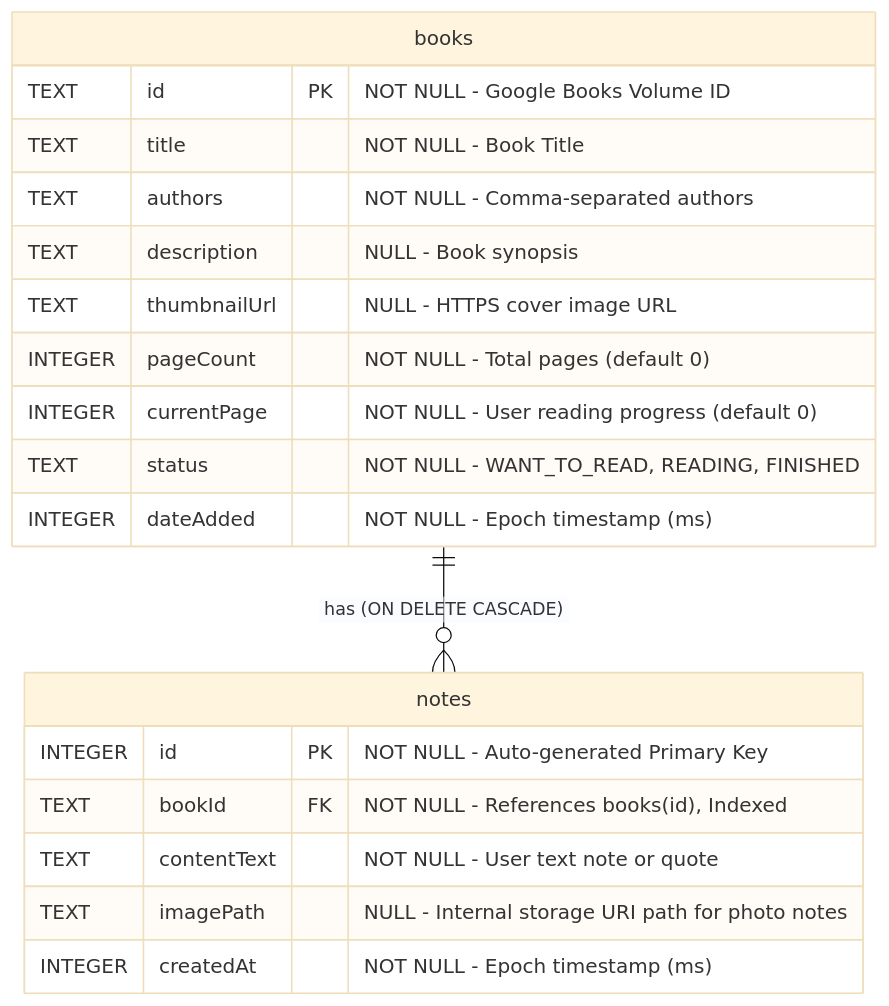
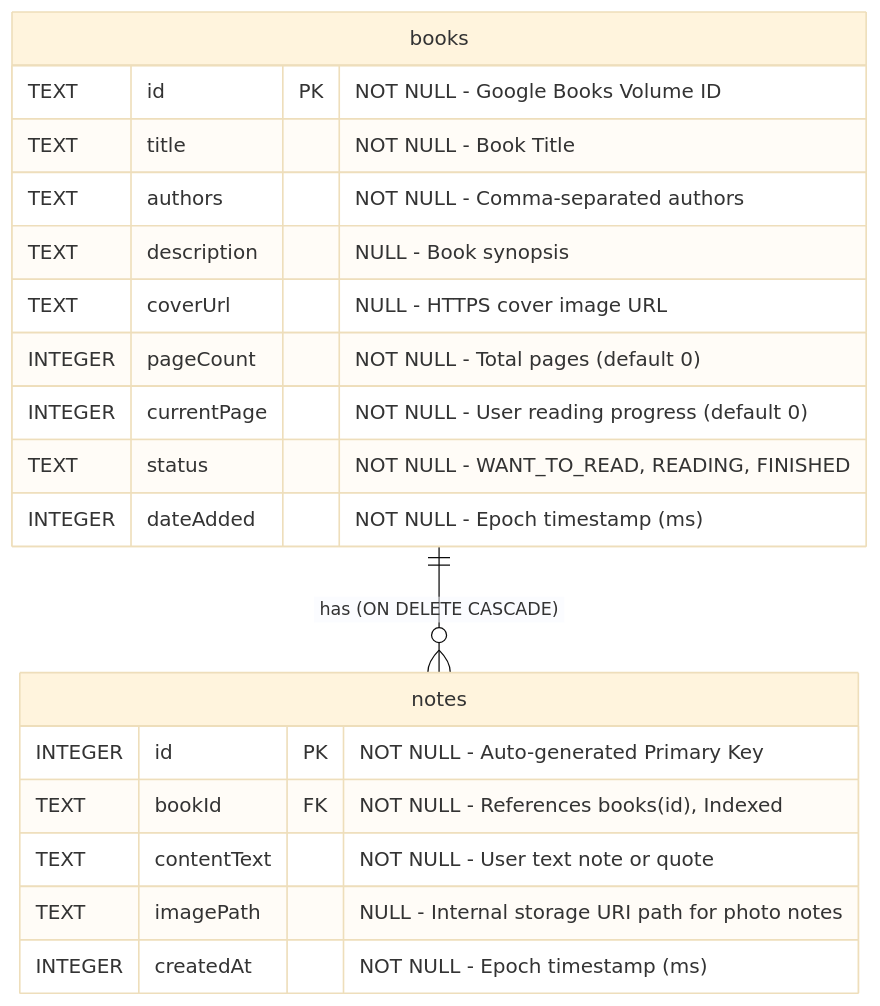
The diagram in docs/er-diagram.md (egemenerdem5/BookStash), drawn with Mermaid (base theme) before and after one commit. The commit also changed 2 other files, not shown here.

Commit message:
feat: implement BookViewModel with StateFlow state management (Closes #7)

````diff
--- a/docs/er-diagram.md
+++ b/docs/er-diagram.md
@@ -5,24 +5,24 @@
 ```mermaid
 erDiagram
     books ||--o{ notes : "has (ON DELETE CASCADE)"
 
     books {
         TEXT id PK "NOT NULL - Google Books Volume ID"
         TEXT title "NOT NULL - Book Title"
         TEXT authors "NOT NULL - Comma-separated authors"
         TEXT description "NULL - Book synopsis"
-        TEXT thumbnailUrl "NULL - HTTPS cover image URL"
+        TEXT coverUrl "NULL - HTTPS cover image URL"
         INTEGER pageCount "NOT NULL - Total pages (default 0)"
         INTEGER currentPage "NOT NULL - User reading progress (default 0)"
         TEXT status "NOT NULL - WANT_TO_READ, READING, FINISHED"
         INTEGER dateAdded "NOT NULL - Epoch timestamp (ms)"
     }
 
     notes {
         INTEGER id PK "NOT NULL - Auto-generated Primary Key"
         TEXT bookId FK "NOT NULL - References books(id), Indexed"
         TEXT contentText "NOT NULL - User text note or quote"
         TEXT imagePath "NULL - Internal storage URI path for photo notes"
         INTEGER createdAt "NOT NULL - Epoch timestamp (ms)"
     }
 ```
````
